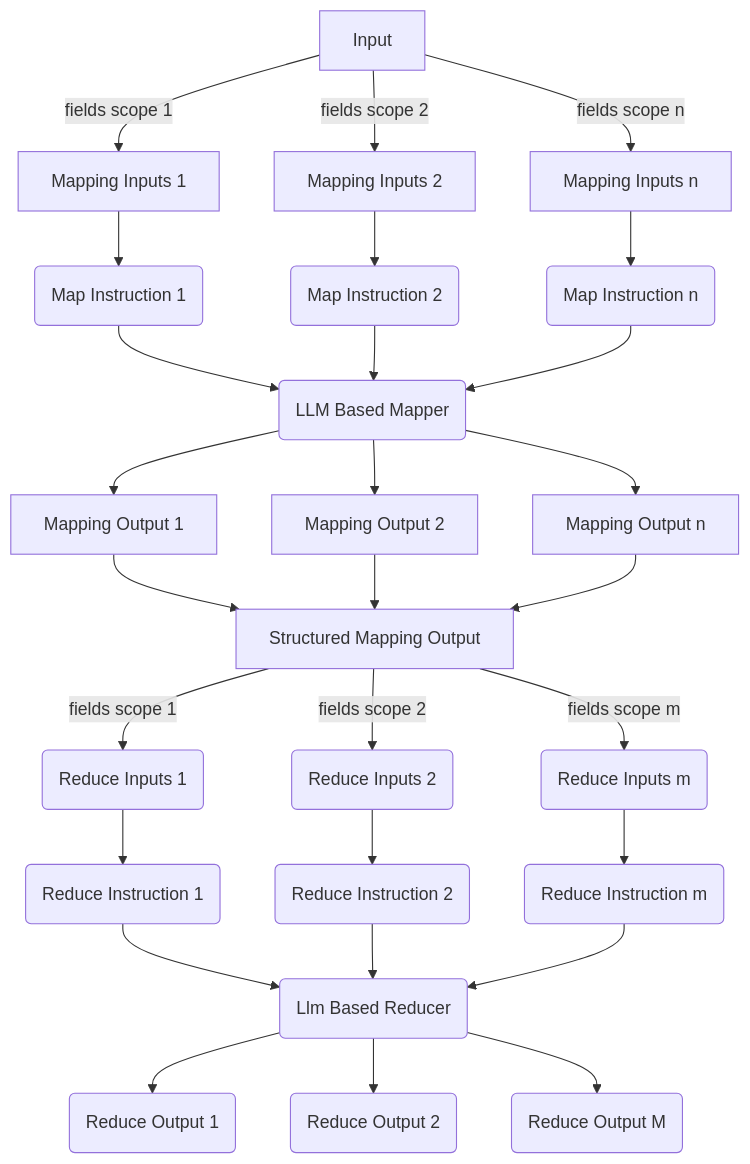
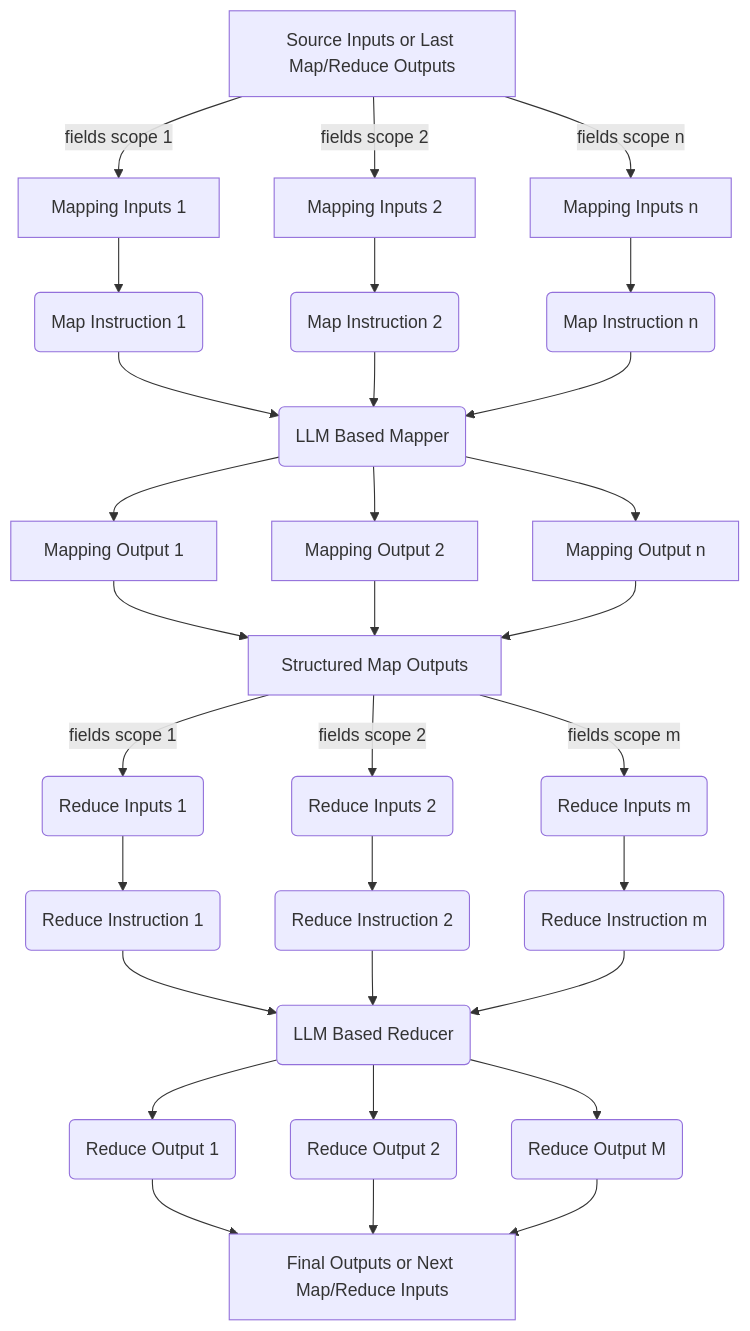
One commit to innerNULL/instructionspipe changed the first of 2 diagrams in README.md. Above: the diagram before and after it, drawn with Mermaid. The commit also changed other lines of this file, not shown here.

````diff
--- a/README.md
+++ b/README.md
@@ -7,31 +12,34 @@
 ```mermaid
 graph TD
-Input[Input]
+Input[Source Inputs or Last Map/Reduce Outputs]
 Input --fields scope 1-->InputSubet1[Mapping Inputs 1]
 Input --fields scope 2-->InputSubet2[Mapping Inputs 2]
 Input --fields scope n-->InputSubetN[Mapping Inputs n]
 InputSubet1 --> Instruction1(Map Instruction 1)
 InputSubet2 --> Instruction2(Map Instruction 2)
 InputSubetN --> InstructionN(Map Instruction n)
 Instruction1 --> LlmMapper(LLM Based Mapper)
 Instruction2 --> LlmMapper
 InstructionN --> LlmMapper 
 LlmMapper --> MappingOutput1[Mapping Output 1]
 LlmMapper --> MappingOutput2[Mapping Output 2]
 LlmMapper --> MappingOutputN[Mapping Output n]
-MappingOutput1 --> MappingOutputs[Structured Mapping Output]
+MappingOutput1 --> MappingOutputs[Structured Map Outputs]
 MappingOutput2 --> MappingOutputs 
 MappingOutputN --> MappingOutputs
 MappingOutputs --fields scope 1--> ReduceInputs1(Reduce Inputs 1)
 MappingOutputs --fields scope 2--> ReduceInputs2(Reduce Inputs 2)
 MappingOutputs --fields scope m--> ReduceInputsM(Reduce Inputs m)
 ReduceInputs1 --> ReduceInstruction1(Reduce Instruction 1)
 ReduceInputs2 --> ReduceInstruction2(Reduce Instruction 2)
 ReduceInputsM --> ReduceInstructionM(Reduce Instruction m)
-ReduceInstruction1 --> LlmReducer(Llm Based Reducer)
+ReduceInstruction1 --> LlmReducer(LLM Based Reducer)
 ReduceInstruction2 --> LlmReducer 
 ReduceInstructionM --> LlmReducer 
 LlmReducer --> ReduceOutput1(Reduce Output 1)
 LlmReducer --> ReduceOutput2(Reduce Output 2)
 LlmReducer --> ReduceOutputM(Reduce Output M)
+ReduceOutput1 --> Outputs[Final Outputs or Next Map/Reduce Inputs]
+ReduceOutput2 --> Outputs
+ReduceOutputM --> Outputs 
 ```
````
